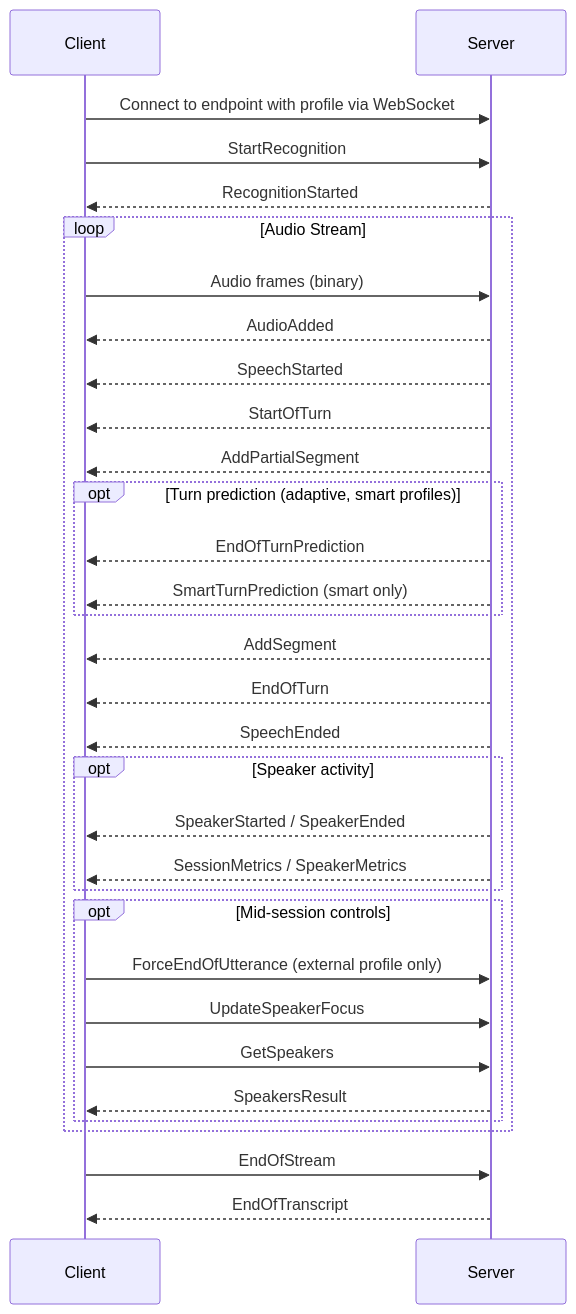
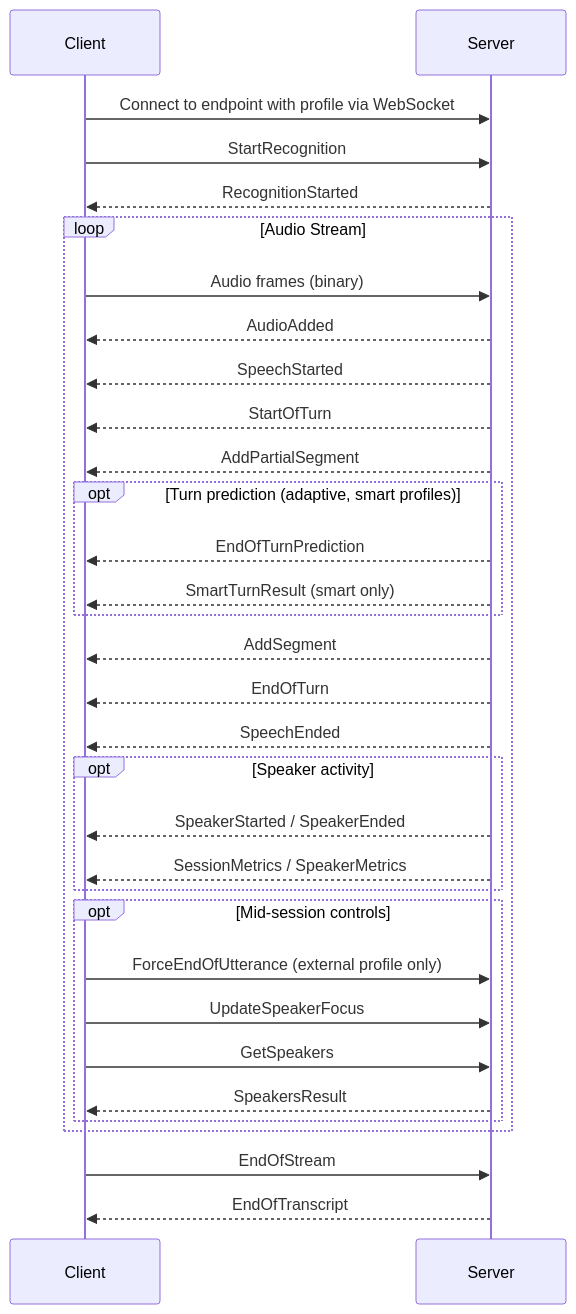
Before and after one commit to speechmatics/docs: the diagram in docs/private/voice-agent-api.mdx, drawn with Mermaid. The commit also changed other lines of this file, not shown here.

First line of the commit message:
Fill in todo payloads and fix SmartTurnResult message name

````diff
--- a/docs/private/voice-agent-api.mdx
+++ b/docs/private/voice-agent-api.mdx
@@ -82,42 +82,42 @@
 ```mermaid
 sequenceDiagram
     participant C as Client
     participant S as Server
 
     C->>S: Connect to endpoint with profile via WebSocket
     C->>S: StartRecognition
     S-->>C: RecognitionStarted
 
     loop Audio Stream
         C->>S: Audio frames (binary)
         S-->>C: AudioAdded
 
         S-->>C: SpeechStarted
         S-->>C: StartOfTurn
         S-->>C: AddPartialSegment
 
         opt Turn prediction (adaptive, smart profiles)
             S-->>C: EndOfTurnPrediction
-            S-->>C: SmartTurnPrediction (smart only)
+            S-->>C: SmartTurnResult (smart only)
         end
 
         S-->>C: AddSegment
         S-->>C: EndOfTurn
         S-->>C: SpeechEnded
 
         opt Speaker activity
             S-->>C: SpeakerStarted / SpeakerEnded
             S-->>C: SessionMetrics / SpeakerMetrics
         end
 
         opt Mid-session controls
             C->>S: ForceEndOfUtterance (external profile only)
             C->>S: UpdateSpeakerFocus
             C->>S: GetSpeakers
             S-->>C: SpeakersResult
         end
     end
 
     C->>S: EndOfStream
     S-->>C: EndOfTranscript
 ```
````
